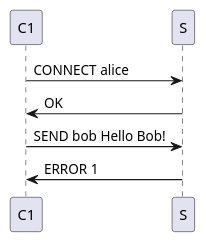
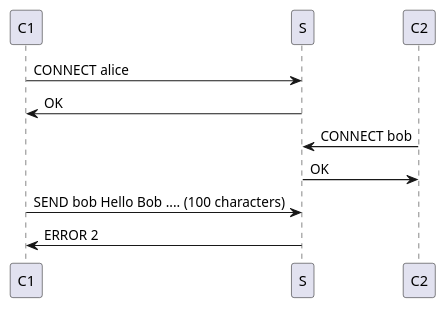
The diagram in 11-define-an-application-protocol/images/example-4.plantuml (heig-vd-dai-course/heig-vd-dai-course), drawn with PlantUML before and after one commit. The commit also changed 14 other files, not shown here.

```diff
--- a/11-define-an-application-protocol/images/example-4.plantuml
+++ b/11-define-an-application-protocol/images/example-4.plantuml
@@ -1,6 +1,8 @@
 @startuml
 C1->S: CONNECT alice
 S->C1: OK
-C1->S: SEND bob Hello Bob!
-S->C1: ERROR 1
+C2->S: CONNECT bob
+S->C2: OK
+C1->S: SEND bob Hello Bob .... (100 characters)
+S->C1: ERROR 2
 @enduml
```
